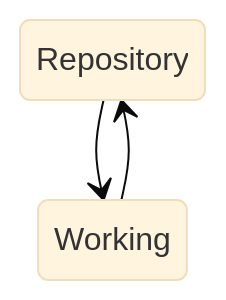
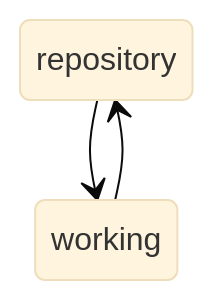
The second of 2 diagrams in docs/what-is-git-architecture.md (savvystrider/savvystrider.github.io), drawn with Mermaid (base theme) before and after one commit. The commit also changed other lines of this file, not shown here.

Commit message:
Formats mermaid chart again

````diff
--- a/docs/what-is-git-architecture.md
+++ b/docs/what-is-git-architecture.md
@@ -12,5 +12,5 @@
 ``` mermaid
 stateDiagram-v2
-    Repository --> Working
-    Working --> Repository
+    repository --> working
+    working --> repository
 ```
````
